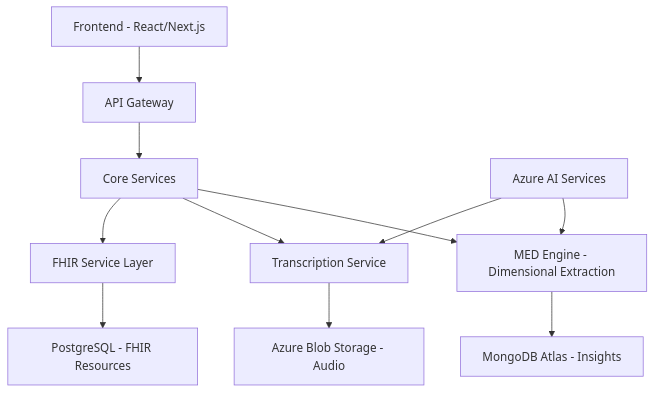
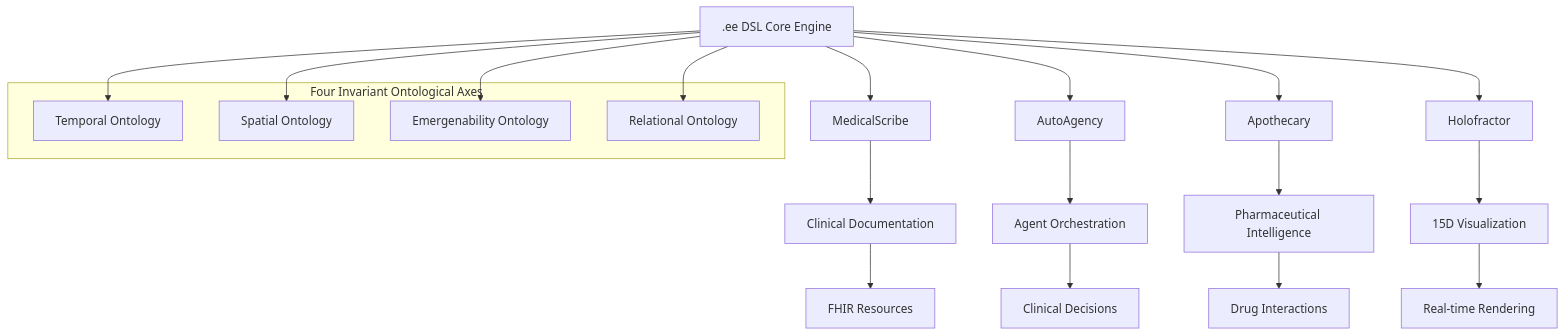
One commit to myselfgus/docs changed the diagram in guides/developer-guide.md. Above: the diagram before and after it, drawn with Mermaid. The commit also changed other lines of this file and 6 other files, not shown here.

Commit message:
Complete VOITHER ecosystem content update with comprehensive architecture documentation

````diff
--- a/guides/developer-guide.md
+++ b/guides/developer-guide.md
@@ -39,15 +51,29 @@
 ```mermaid
 graph TD
-    A[Frontend - React/Next.js] --> B[API Gateway]
-    B --> C[Core Services]
-    C --> D[MED Engine - Dimensional Extraction]
-    C --> E[Transcription Service]
-    C --> F[FHIR Service Layer]
+    A[.ee DSL Core Engine] --> B[MedicalScribe]
+    A --> C[AutoAgency]
+    A --> D[Apothecary]
+    A --> E[Holofractor]
     
-    D --> G[MongoDB Atlas - Insights]
-    F --> H[PostgreSQL - FHIR Resources]
-    E --> I[Azure Blob Storage - Audio]
+    B --> F[Clinical Documentation]
+    C --> G[Agent Orchestration]
+    D --> H[Pharmaceutical Intelligence]
+    E --> I[15D Visualization]
     
-    J[Azure AI Services] --> D
-    J --> E
+    F --> J[FHIR Resources]
+    G --> K[Clinical Decisions]
+    H --> L[Drug Interactions]
+    I --> M[Real-time Rendering]
+    
+    subgraph "Four Invariant Ontological Axes"
+        N[Temporal Ontology]
+        O[Spatial Ontology] 
+        P[Emergenability Ontology]
+        Q[Relational Ontology]
+    end
+    
+    A --> N
+    A --> O
+    A --> P
+    A --> Q
 ```
````
